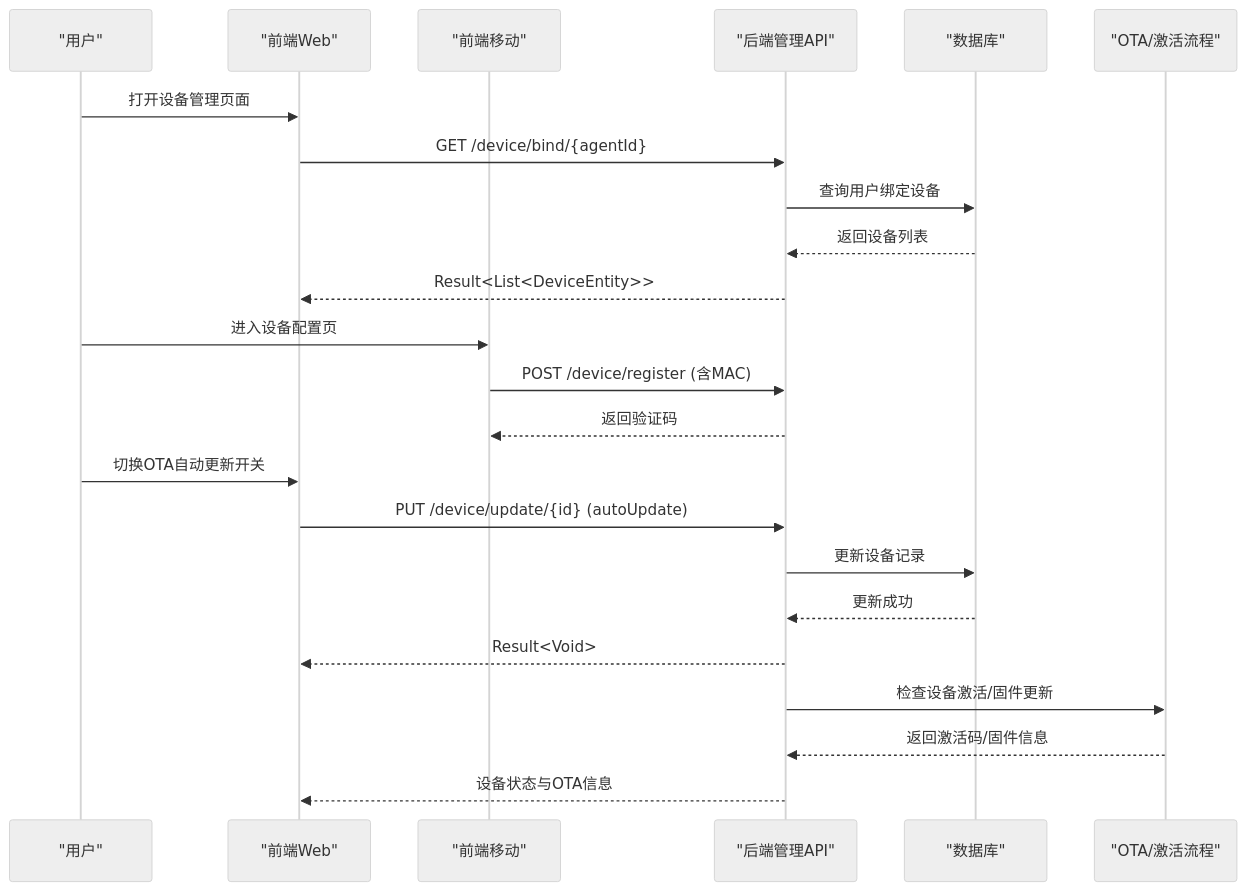
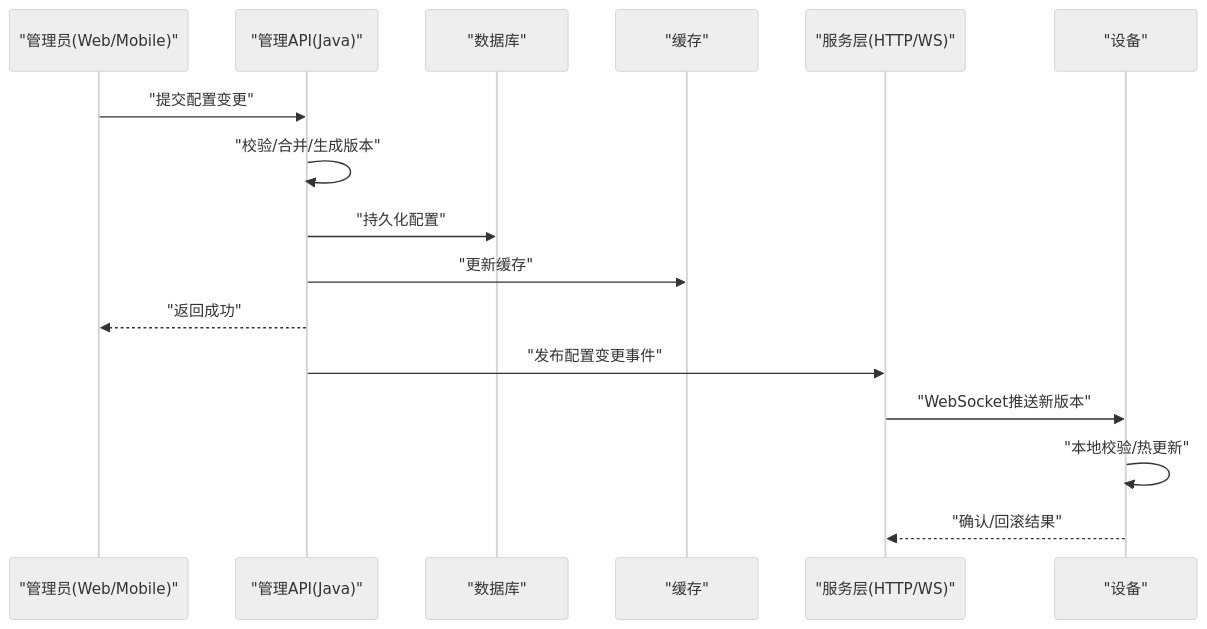
Before and after one commit to haixinke/xiaozhi-esp32-server: the second of 7 diagrams in .qoder/repowiki/zh/content/设备管理/设备配置管理.md, drawn with Mermaid (neutral theme). The commit also changed other lines of this file and 557 other files, not shown here.

````diff
--- a/.qoder/repowiki/zh/content/设备管理/设备配置管理.md
+++ b/.qoder/repowiki/zh/content/设备管理/设备配置管理.md
@@ -101,25 +104,18 @@
 ```mermaid
 sequenceDiagram
-participant U as "用户"
-participant Web as "前端Web"
-participant Mobile as "前端移动"
-participant API as "后端管理API"
-participant DB as "数据库"
-participant OTA as "OTA/激活流程"
-U->>Web : 打开设备管理页面
-Web->>API : GET /device/bind/{agentId}
-API->>DB : 查询用户绑定设备
-DB-->>API : 返回设备列表
-API-->>Web : Result<List<DeviceEntity>>
-U->>Mobile : 进入设备配置页
-Mobile->>API : POST /device/register (含MAC)
-API-->>Mobile : 返回验证码
-U->>Web : 切换OTA自动更新开关
-Web->>API : PUT /device/update/{id} (autoUpdate)
-API->>DB : 更新设备记录
-DB-->>API : 更新成功
-API-->>Web : Result<Void>
-API->>OTA : 检查设备激活/固件更新
-OTA-->>API : 返回激活码/固件信息
-API-->>Web : 设备状态与OTA信息
+participant Admin as "管理员(Web/Mobile)"
+participant API as "管理API(Java)"
+participant Store as "数据库"
+participant Cache as "缓存"
+participant Server as "服务层(HTTP/WS)"
+participant Device as "设备"
+Admin->>API : "提交配置变更"
+API->>API : "校验/合并/生成版本"
+API->>Store : "持久化配置"
+API->>Cache : "更新缓存"
+API-->>Admin : "返回成功"
+API->>Server : "发布配置变更事件"
+Server->>Device : "WebSocket推送新版本"
+Device->>Device : "本地校验/热更新"
+Device-->>Server : "确认/回滚结果"
 ```
````
